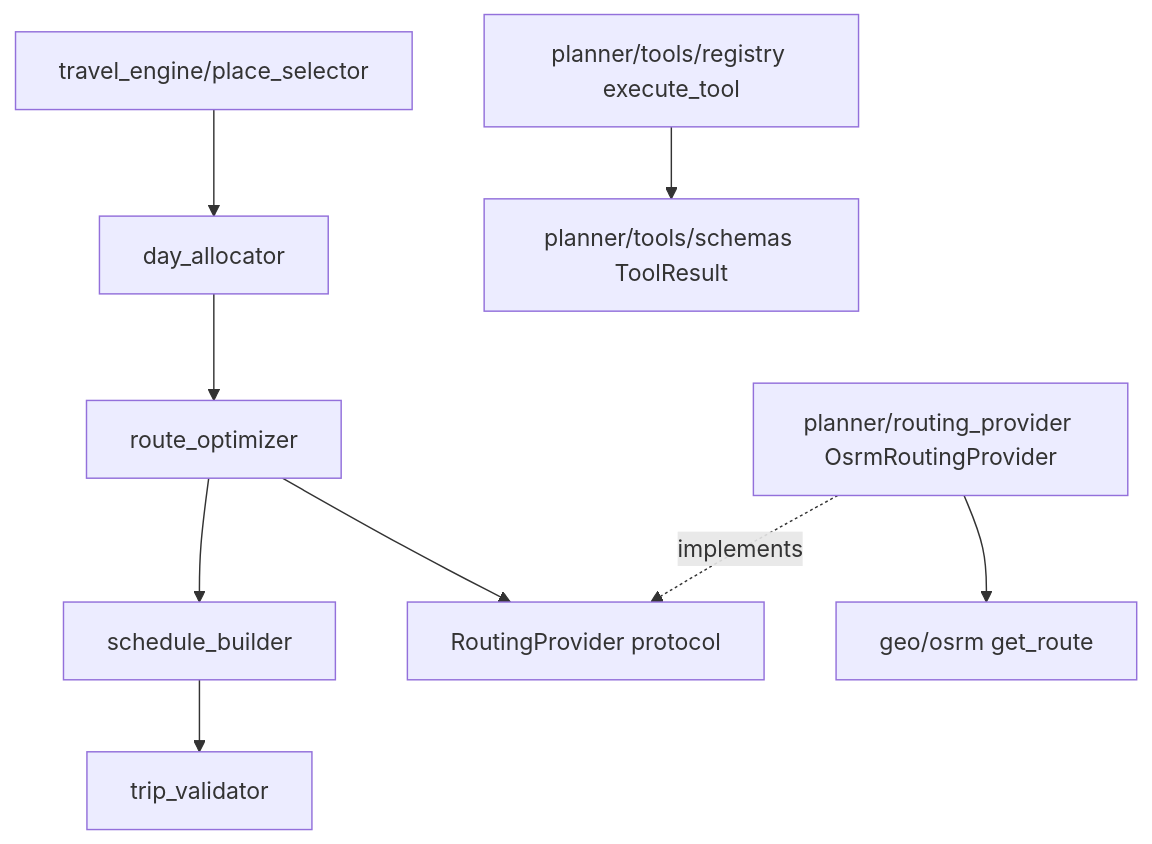
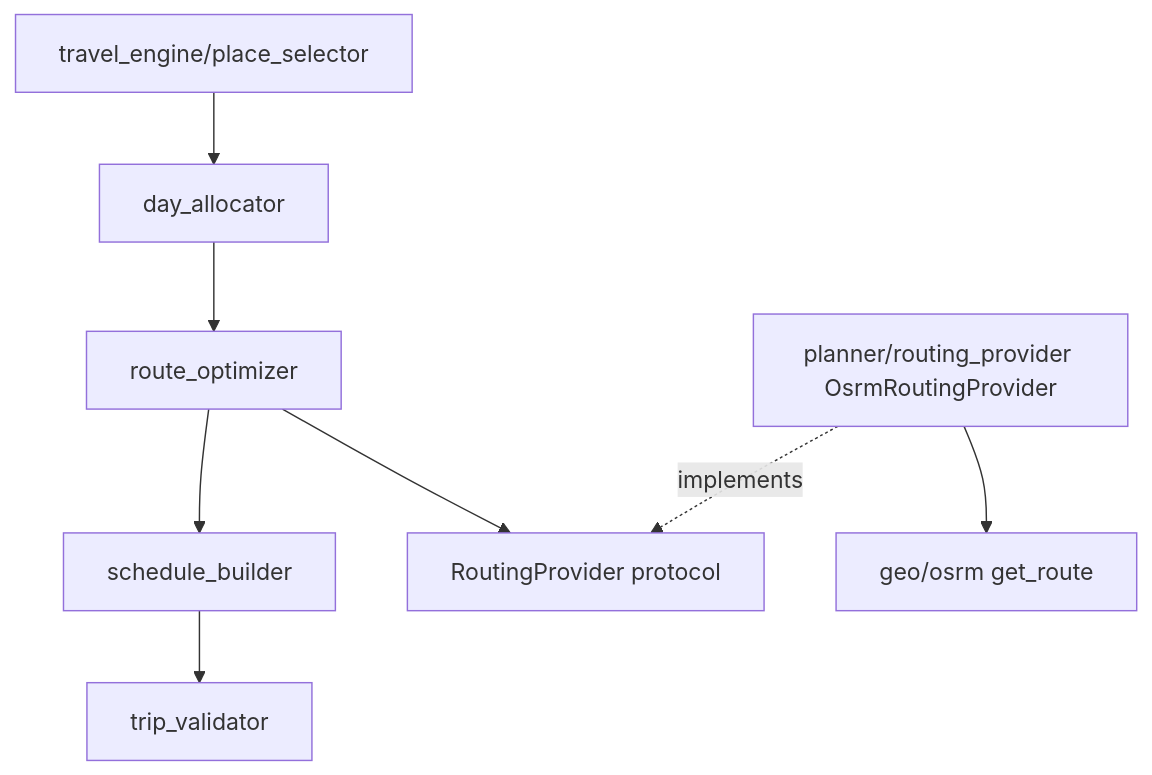
One commit to RudraPramanik/agentic-guide-system changed the eighth of 9 diagrams in docs/manual/04-imports-and-wiring.md. Above: the diagram before and after it, drawn with Mermaid. The commit also changed other lines of this file and 46 other files, not shown here.

````diff
--- a/docs/manual/04-imports-and-wiring.md
+++ b/docs/manual/04-imports-and-wiring.md
@@ -186,11 +186,10 @@
 ```mermaid
 flowchart TD
   SEL[travel_engine/place_selector] --> ALL[day_allocator]
   ALL --> OPT[route_optimizer]
   OPT --> SCH[schedule_builder]
   SCH --> VAL[trip_validator]
   OPT --> RP[RoutingProvider protocol]
   ORP[planner/routing_provider OsrmRoutingProvider] --> OSRM[geo/osrm get_route]
   ORP -.->|implements| RP
-  REG[planner/tools/registry execute_tool] --> TR[planner/tools/schemas ToolResult]
 ```
````
